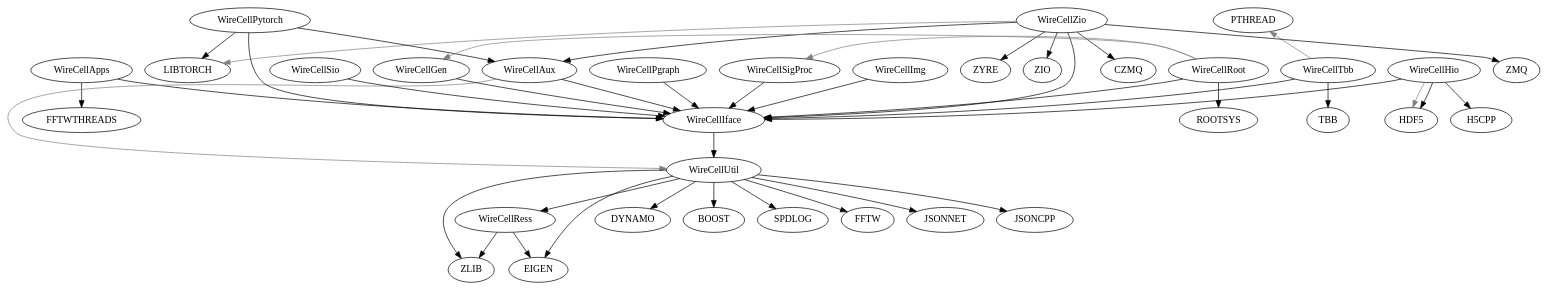
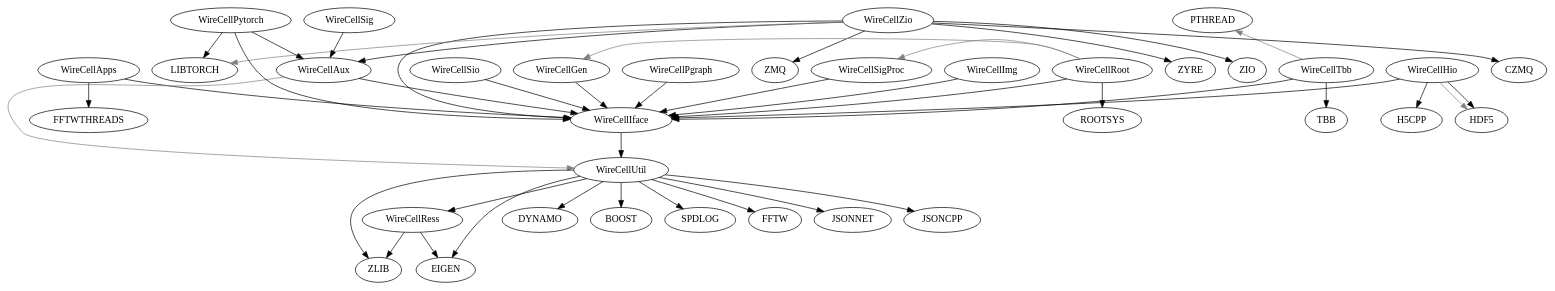
One commit to zhihuadong/wire-cell-toolkit changed the diagram in wct-deps.dot. Above: the diagram before and after it, drawn with Graphviz. The commit also changed 1 other file, not shown here.

```diff
--- a/wct-deps.dot
+++ b/wct-deps.dot
@@ -1,59 +1,61 @@
 digraph deps {
 	"WireCellPgraph";
 	"WireCellApps";
 	"WireCellSigProc";
 	"WireCellImg";
 	"WireCellAux";
 	"WireCellTbb";
 	"WireCellZio";
 	"WireCellPytorch";
 	"WireCellSio";
 	"WireCellRess";
 	"WireCellIface";
 	"WireCellRoot";
 	"WireCellGen";
+	"WireCellSig";
 	"WireCellHio";
 	"WireCellUtil";
+	"WireCellSig" -> "WireCellAux"[color="black"];
 	"WireCellApps" -> "FFTWTHREADS"[color="black"];
 	"WireCellZio" -> "LIBTORCH"[color="gray",constraint=false];
 	"WireCellRess" -> "ZLIB"[color="black"];
 	"WireCellUtil" -> "DYNAMO"[color="black"];
 	"WireCellAux" -> "WireCellIface"[color="black"];
 	"WireCellPytorch" -> "WireCellAux"[color="black"];
 	"WireCellUtil" -> "ZLIB"[color="black"];
 	"WireCellHio" -> "H5CPP"[color="black"];
 	"WireCellPgraph" -> "WireCellIface"[color="black"];
 	"WireCellHio" -> "HDF5"[color="gray",constraint=false];
 	"WireCellHio" -> "HDF5"[color="black"];
 	"WireCellAux" -> "WireCellUtil"[color="gray",constraint=false];
 	"WireCellZio" -> "WireCellIface"[color="black"];
 	"WireCellSigProc" -> "WireCellIface"[color="black"];
 	"WireCellTbb" -> "WireCellIface"[color="black"];
 	"WireCellGen" -> "WireCellIface"[color="black"];
 	"WireCellZio" -> "ZIO"[color="black"];
 	"WireCellUtil" -> "BOOST"[color="black"];
 	"WireCellRoot" -> "WireCellIface"[color="black"];
 	"WireCellImg" -> "WireCellIface"[color="black"];
 	"WireCellUtil" -> "EIGEN"[color="black"];
 	"WireCellRoot" -> "ROOTSYS"[color="black"];
 	"WireCellZio" -> "CZMQ"[color="black"];
 	"WireCellUtil" -> "WireCellRess"[color="black"];
 	"WireCellRoot" -> "WireCellSigProc"[color="gray",constraint=false];
 	"WireCellTbb" -> "PTHREAD"[color="gray",constraint=false];
 	"WireCellUtil" -> "SPDLOG"[color="black"];
 	"WireCellRoot" -> "WireCellGen"[color="gray",constraint=false];
 	"WireCellZio" -> "ZMQ"[color="black"];
 	"WireCellUtil" -> "FFTW"[color="black"];
 	"WireCellHio" -> "WireCellIface"[color="black"];
 	"WireCellSio" -> "WireCellIface"[color="black"];
 	"WireCellPytorch" -> "WireCellIface"[color="black"];
 	"WireCellPytorch" -> "LIBTORCH"[color="black"];
 	"WireCellUtil" -> "JSONNET"[color="black"];
 	"WireCellRess" -> "EIGEN"[color="black"];
 	"WireCellIface" -> "WireCellUtil"[color="black"];
 	"WireCellZio" -> "WireCellAux"[color="black"];
 	"WireCellTbb" -> "TBB"[color="black"];
 	"WireCellApps" -> "WireCellIface"[color="black"];
 	"WireCellUtil" -> "JSONCPP"[color="black"];
 	"WireCellZio" -> "ZYRE"[color="black"];
 }
```
